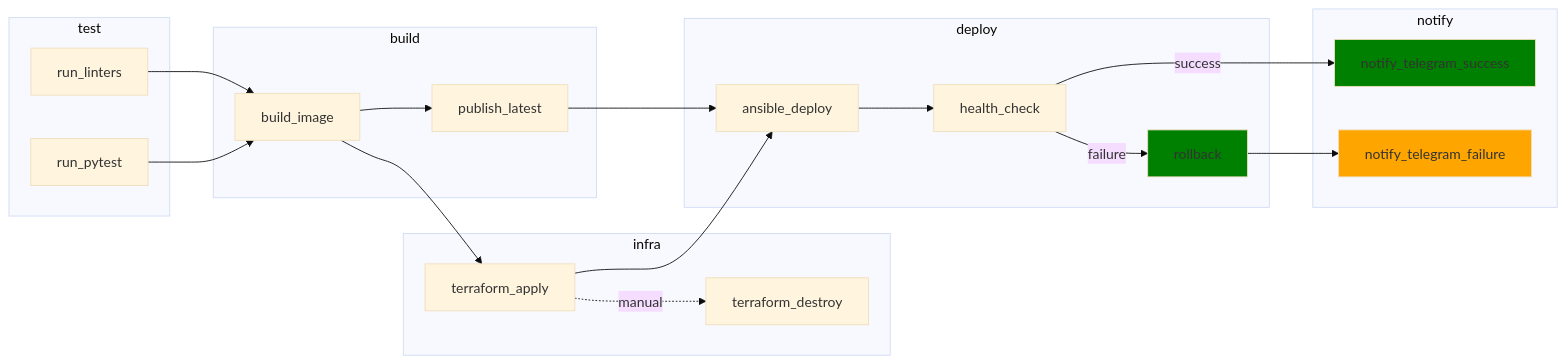
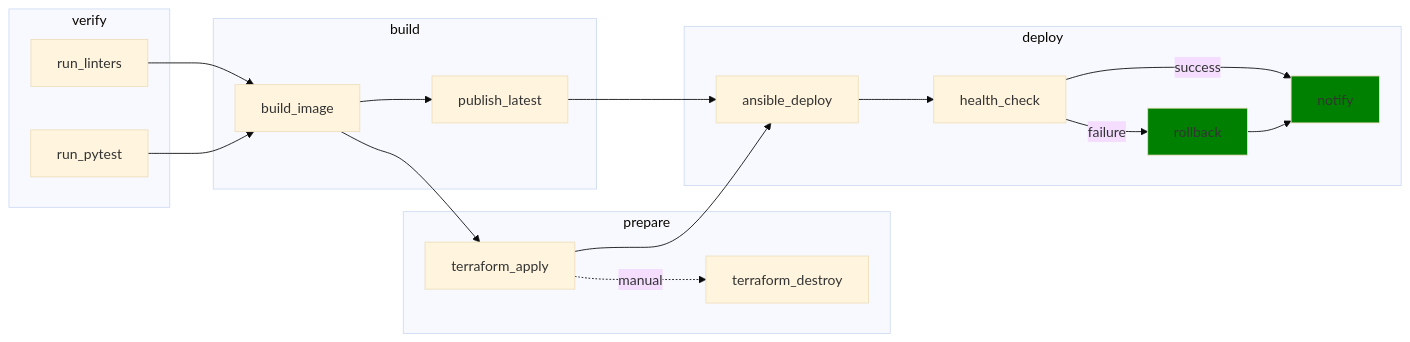
One commit to AlexeyKuzko/devops_diploma changed the diagram in README.md. Above: the diagram before and after it, drawn with Mermaid (base theme). The commit also changed other lines of this file and 1 other file, not shown here.

````diff
--- a/README.md
+++ b/README.md
@@ -54,44 +54,39 @@
 ```mermaid
 flowchart LR
-    subgraph Stage_Test ["test"]
+    subgraph Stage_Verify ["verify"]
         A1[run_linters]
         A2[run_pytest]
     end
 
     subgraph Stage_Build ["build"]
         B1[build_image]
         B2[publish_latest]
     end
 
-    subgraph Stage_Infra ["infra"]
+    subgraph Stage_Prepare ["prepare"]
         C1[terraform_apply]
         C2[terraform_destroy]
     end
 
     subgraph Stage_Deploy ["deploy"]
         D1[ansible_deploy]
         D2[health_check]
         D3[rollback]
-    end
-
-    subgraph Stage_Notify ["notify"]
-        E1[notify_telegram_success]
-        E2[notify_telegram_failure]
+        D4[notify]
     end
 
     A1 --> B1
     A2 --> B1
     B1 --> B2
     B1 --> C1
     B2 --> D1
     C1 -. manual .-> C2
     C1 --> D1
     D1 --> D2
-    D2 -->|success| E1
+    D2 -->|success| D4
     D2 -->|failure| D3
-    D3 --> E2
+    D3 --> D4
 
     style D3 fill:green
-    style E1 fill:green
-    style E2 fill:orange
+    style D4 fill:green
 ```
````
